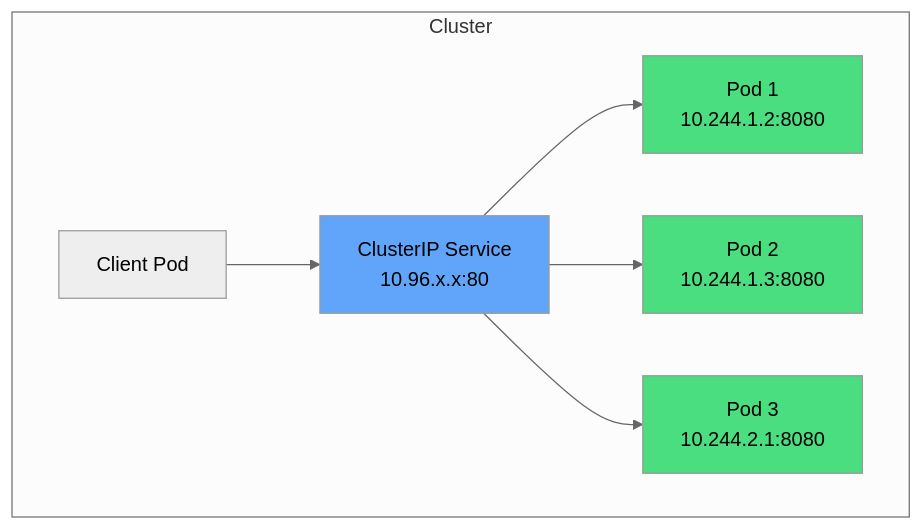
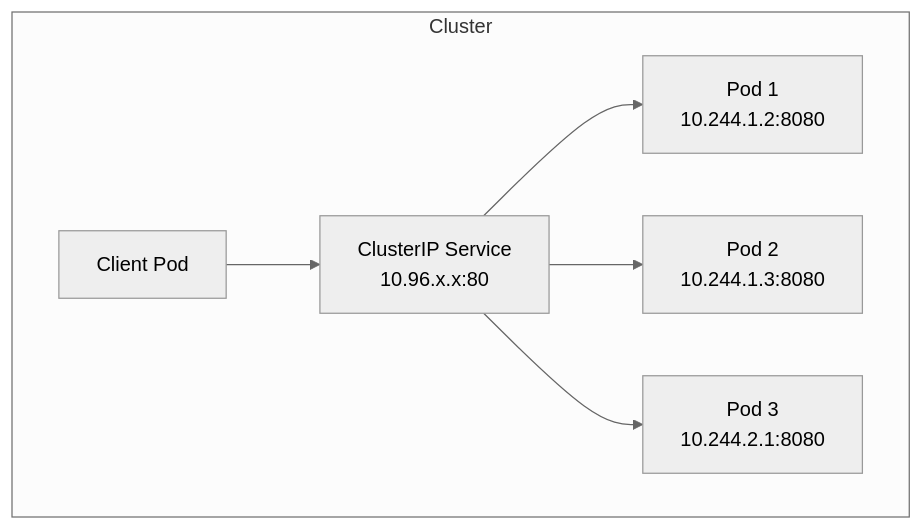
The third of 5 diagrams in kubernetes/introduction_about_kubernetes_and_basics.mdx (TechnoBureau/docs), drawn with Mermaid (neutral theme) before and after one commit. The commit also changed other lines of this file and 5 other files, not shown here.

````diff
--- a/kubernetes/introduction_about_kubernetes_and_basics.mdx
+++ b/kubernetes/introduction_about_kubernetes_and_basics.mdx
@@ -300,14 +298,10 @@
 ```mermaid
 graph TB
     subgraph "Cluster"
         A[Client Pod] --> B[ClusterIP Service<br/>10.96.x.x:80]
         B --> C[Pod 1<br/>10.244.1.2:8080]
         B --> D[Pod 2<br/>10.244.1.3:8080]
         B --> E[Pod 3<br/>10.244.2.1:8080]
     end
     
-    style B fill:#60a5fa
-    style C fill:#4ade80
-    style D fill:#4ade80
-    style E fill:#4ade80
 ```
````
